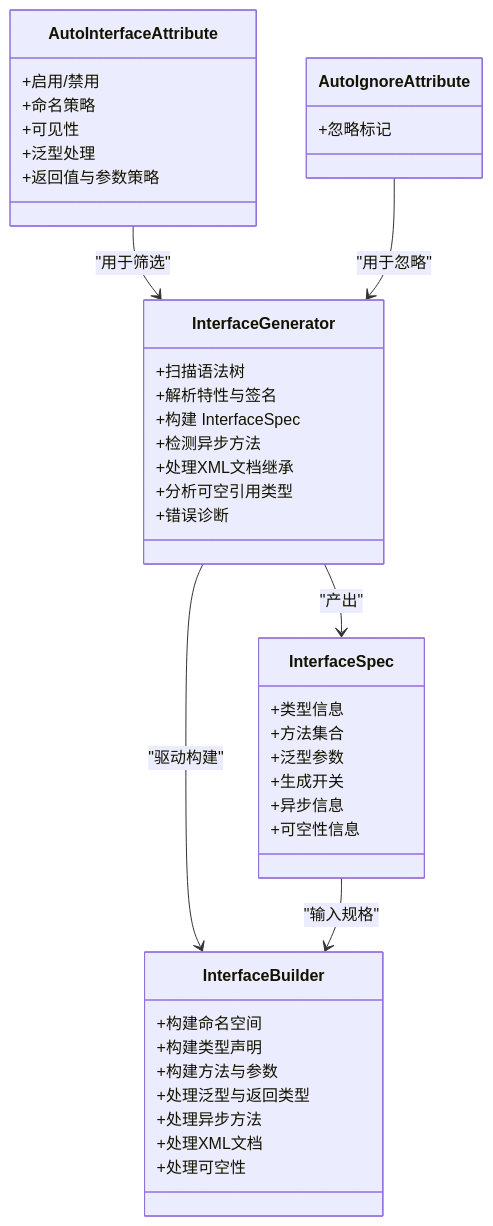
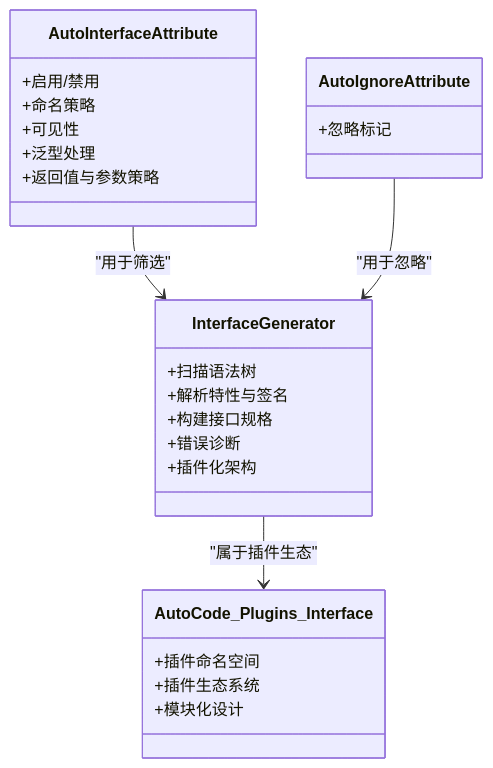
One commit to alivy/AutoCode changed the third of 3 diagrams in .qoder/repowiki/zh/content/源代码生成器/接口生成器.md. Above: the diagram before and after it, drawn with Mermaid. The commit also changed other lines of this file and 279 other files, not shown here.

````diff
--- a/.qoder/repowiki/zh/content/源代码生成器/接口生成器.md
+++ b/.qoder/repowiki/zh/content/源代码生成器/接口生成器.md
@@ -350,44 +224,28 @@
 ```mermaid
 classDiagram
 class AutoInterfaceAttribute {
 +启用/禁用
 +命名策略
 +可见性
 +泛型处理
 +返回值与参数策略
 }
 class AutoIgnoreAttribute {
 +忽略标记
 }
 class InterfaceGenerator {
 +扫描语法树
 +解析特性与签名
-+构建 InterfaceSpec
-+检测异步方法
-+处理XML文档继承
-+分析可空引用类型
++构建接口规格
 +错误诊断
++插件化架构
 }
-class InterfaceSpec {
-+类型信息
-+方法集合
-+泛型参数
-+生成开关
-+异步信息
-+可空性信息
-}
-class InterfaceBuilder {
-+构建命名空间
-+构建类型声明
-+构建方法与参数
-+处理泛型与返回类型
-+处理异步方法
-+处理XML文档
-+处理可空性
+class AutoCode_Plugins_Interface {
++插件命名空间
++插件生态系统
++模块化设计
 }
 AutoInterfaceAttribute --> InterfaceGenerator : "用于筛选"
 AutoIgnoreAttribute --> InterfaceGenerator : "用于忽略"
-InterfaceGenerator --> InterfaceSpec : "产出"
-InterfaceGenerator --> InterfaceBuilder : "驱动构建"
-InterfaceSpec --> InterfaceBuilder : "输入规格"
+InterfaceGenerator --> AutoCode_Plugins_Interface : "属于插件生态"
 ```
````
